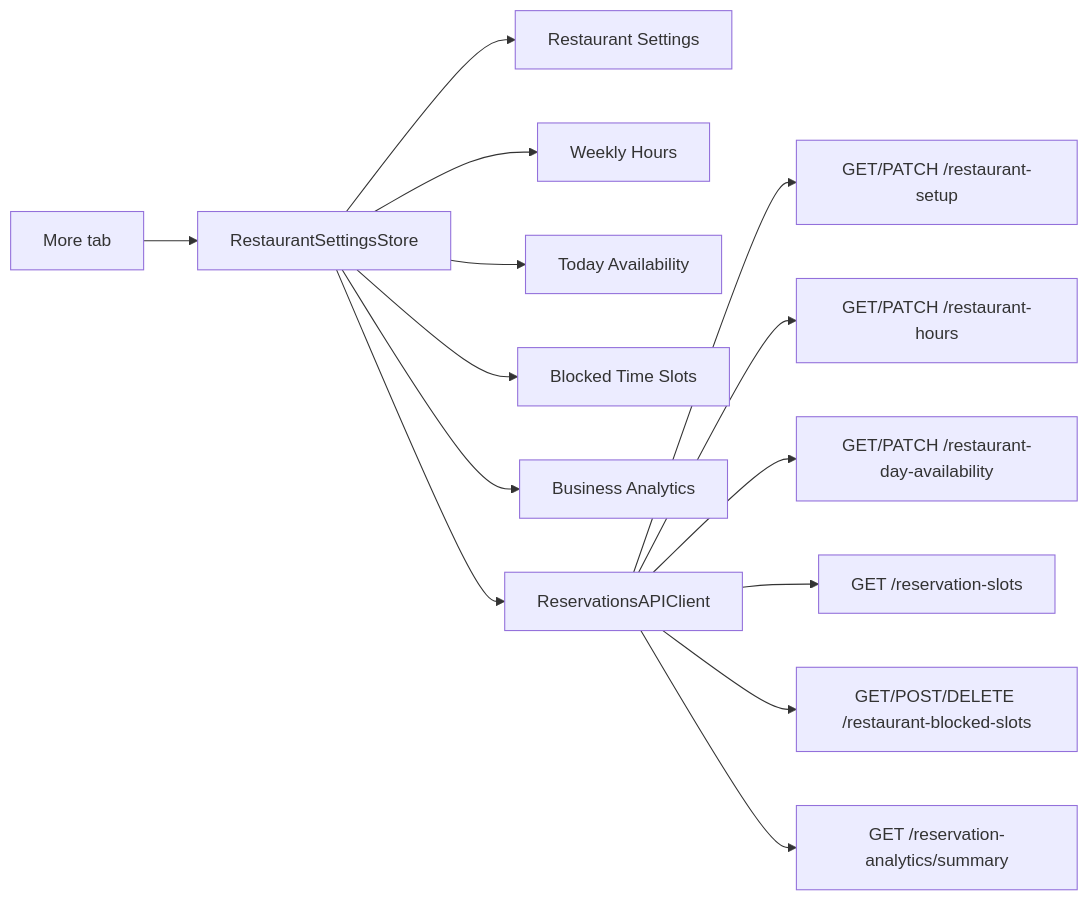
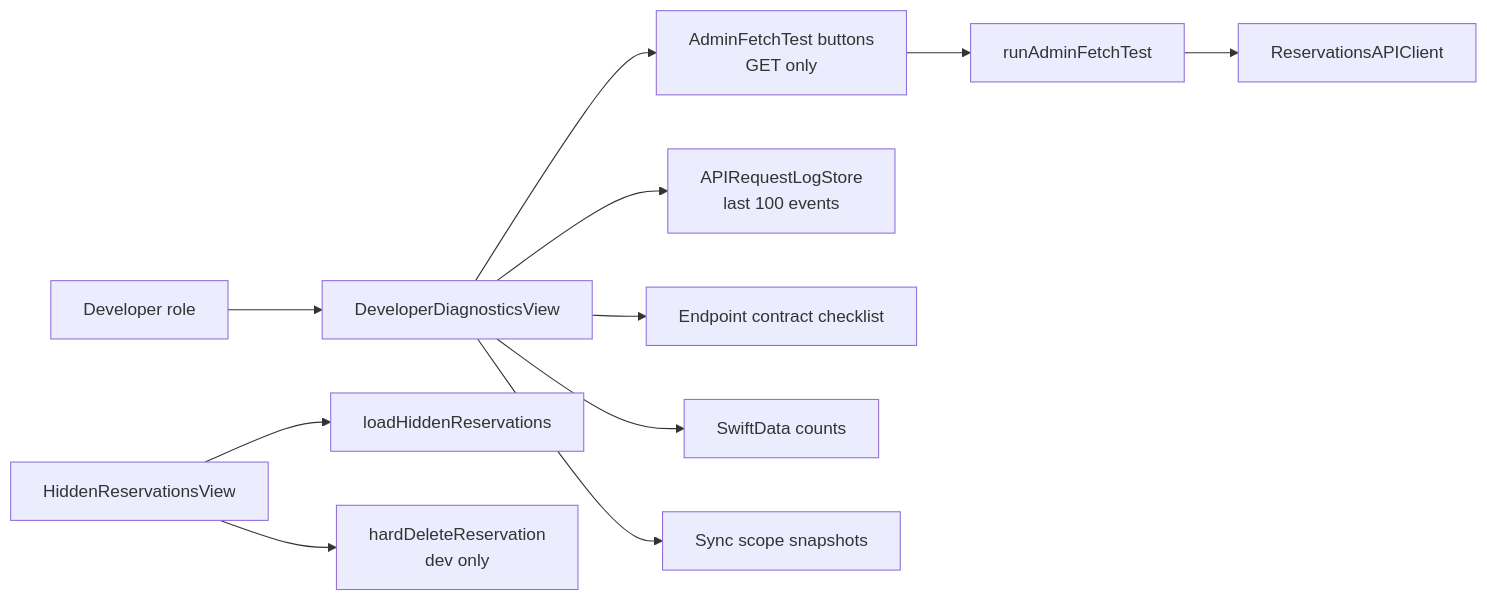
The eighth of 11 diagrams in ARCHITECTURE_DIAGRAMS.md (bohdan462/Reservation-iOS-App), drawn with Mermaid before and after one commit. The commit also changed other lines of this file and 17 other files, not shown here.

````diff
--- a/ARCHITECTURE_DIAGRAMS.md
+++ b/ARCHITECTURE_DIAGRAMS.md
@@ -186,17 +319,15 @@
 ```mermaid
 flowchart LR
-    More["More tab"] --> Store["RestaurantSettingsStore"]
-    Store --> SetupV["Restaurant Settings"]
-    Store --> HoursV["Weekly Hours"]
-    Store --> DayV["Today Availability"]
-    Store --> BlockV["Blocked Time Slots"]
-    Store --> AnalyticsV["Business Analytics"]
+    Dev["Developer role"] --> Diag["DeveloperDiagnosticsView"]
+    Diag --> Tests["AdminFetchTest buttons<br/>GET only"]
+    Diag --> Log["APIRequestLogStore<br/>last 100 events"]
+    Diag --> Check["Endpoint contract checklist"]
+    Diag --> Cache["SwiftData counts"]
+    Diag --> Scopes["Sync scope snapshots"]
 
-    Store --> API["ReservationsAPIClient"]
-    API --> EP1["GET/PATCH /restaurant-setup"]
-    API --> EP2["GET/PATCH /restaurant-hours"]
-    API --> EP3["GET/PATCH /restaurant-day-availability"]
-    API --> EP4["GET /reservation-slots"]
-    API --> EP5["GET/POST/DELETE /restaurant-blocked-slots"]
-    API --> EP6["GET /reservation-analytics/summary"]
+    Tests --> Ctrl["runAdminFetchTest"]
+    Ctrl --> API["ReservationsAPIClient"]
+
+    Hidden["HiddenReservationsView"] --> Load["loadHiddenReservations"]
+    Hidden --> Hard["hardDeleteReservation<br/>dev only"]
 ```
````
